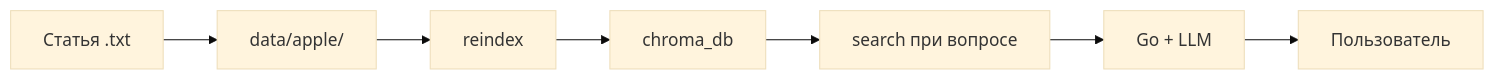
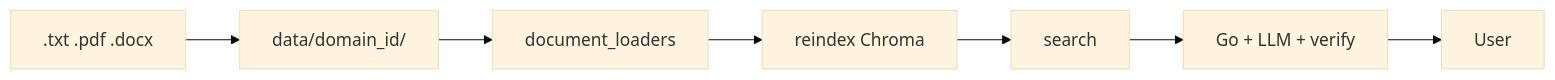
One commit to kantik001/grounded-llm changed the diagram in docs/knowledge-base/data-pipeline.md. Above: the diagram before and after it, drawn with Mermaid (base theme). The commit also changed other lines of this file and 31 other files, not shown here.

````diff
--- a/docs/knowledge-base/data-pipeline.md
+++ b/docs/knowledge-base/data-pipeline.md
@@ -21,9 +9,9 @@
 ```mermaid
 flowchart LR
-    A[Статья .txt] --> B[data/apple/]
-    B --> C[reindex]
-    C --> D[chroma_db]
-    D --> E[search при вопросе]
-    E --> F[Go + LLM]
-    F --> G[Пользователь]
+    A[.txt .pdf .docx] --> B[data/domain_id/]
+    B --> C[document_loaders]
+    C --> D[reindex Chroma]
+    D --> E[search]
+    E --> F[Go + LLM + verify]
+    F --> G[User]
 ```
````
